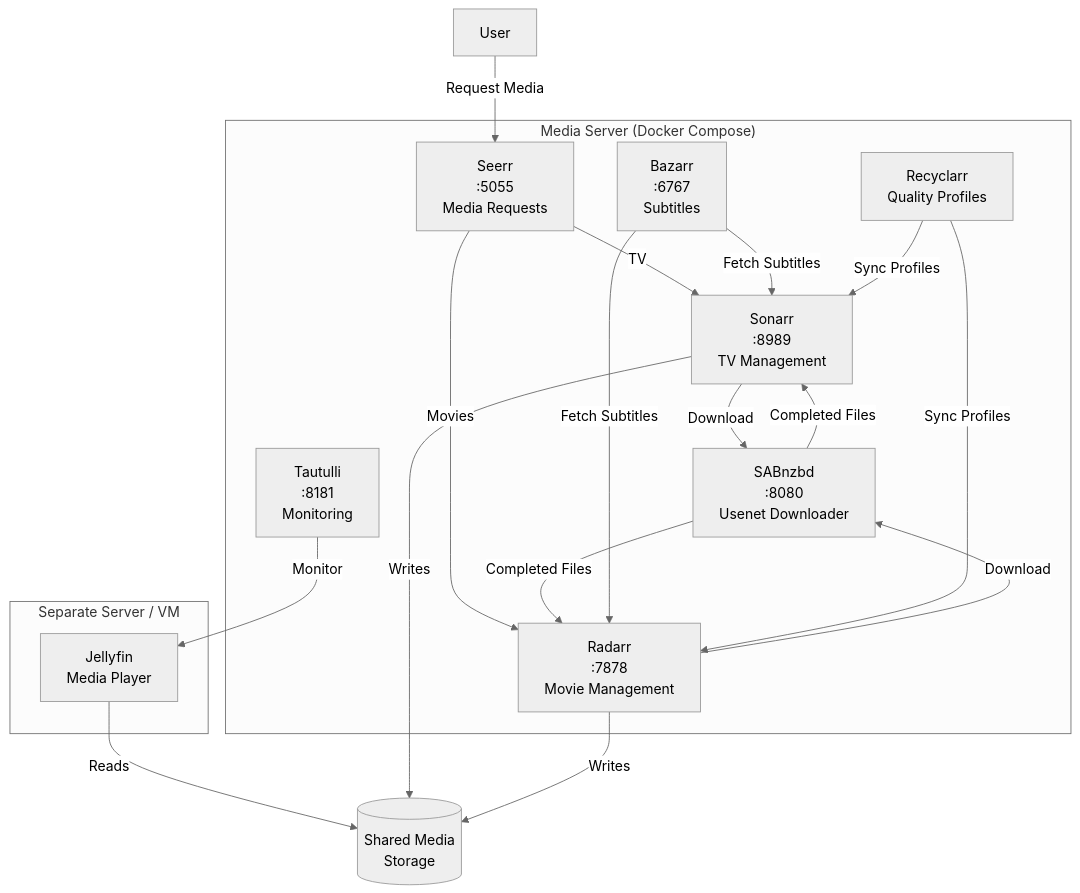
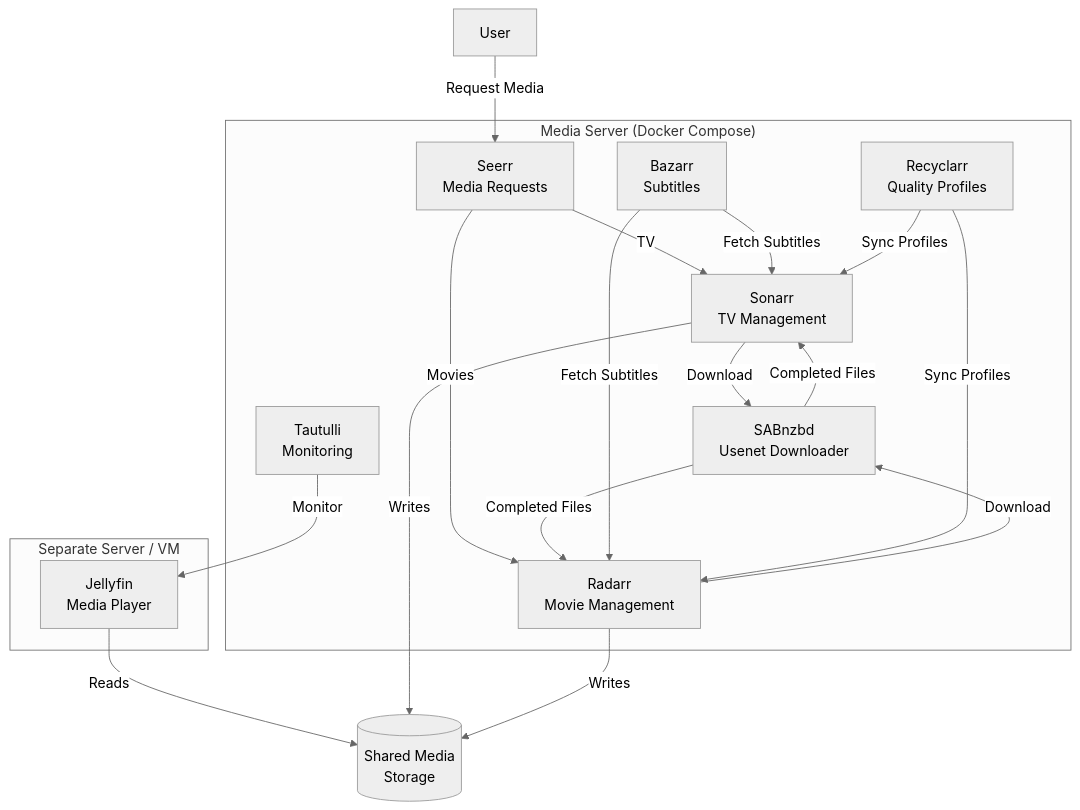
The diagram in README.md (bcanfield/docker-media-server), drawn with Mermaid (neutral theme) before and after one commit.

````diff
--- a/README.md
+++ b/README.md
@@ -7,32 +7,32 @@
 ```mermaid
 graph TD
     subgraph Media Server ["Media Server (Docker Compose)"]
-        Seerr["Seerr\n:5055\nMedia Requests"]
-        Sonarr["Sonarr\n:8989\nTV Management"]
-        Radarr["Radarr\n:7878\nMovie Management"]
-        SABnzbd["SABnzbd\n:8080\nUsenet Downloader"]
-        Bazarr["Bazarr\n:6767\nSubtitles"]
-        Recyclarr["Recyclarr\nQuality Profiles"]
-        Tautulli["Tautulli\n:8181\nMonitoring"]
+        Seerr["Seerr<br>Media Requests"]
+        Sonarr["Sonarr<br>TV Management"]
+        Radarr["Radarr<br>Movie Management"]
+        SABnzbd["SABnzbd<br>Usenet Downloader"]
+        Bazarr["Bazarr<br>Subtitles"]
+        Recyclarr["Recyclarr<br>Quality Profiles"]
+        Tautulli["Tautulli<br>Monitoring"]
     end
 
     subgraph Playback ["Separate Server / VM"]
-        Jellyfin["Jellyfin\nMedia Player"]
+        Jellyfin["Jellyfin<br>Media Player"]
     end
 
     User -->|Request Media| Seerr
     Seerr -->|TV| Sonarr
     Seerr -->|Movies| Radarr
     Sonarr -->|Download| SABnzbd
     Radarr -->|Download| SABnzbd
     SABnzbd -->|Completed Files| Sonarr
     SABnzbd -->|Completed Files| Radarr
     Bazarr -->|Fetch Subtitles| Sonarr
     Bazarr -->|Fetch Subtitles| Radarr
     Recyclarr -->|Sync Profiles| Sonarr
     Recyclarr -->|Sync Profiles| Radarr
     Tautulli -->|Monitor| Jellyfin
-    Jellyfin -->|Reads| MediaStorage[("Shared Media\nStorage")]
+    Jellyfin -->|Reads| MediaStorage[("Shared Media<br>Storage")]
     Sonarr -->|Writes| MediaStorage
     Radarr -->|Writes| MediaStorage
 ```
````
